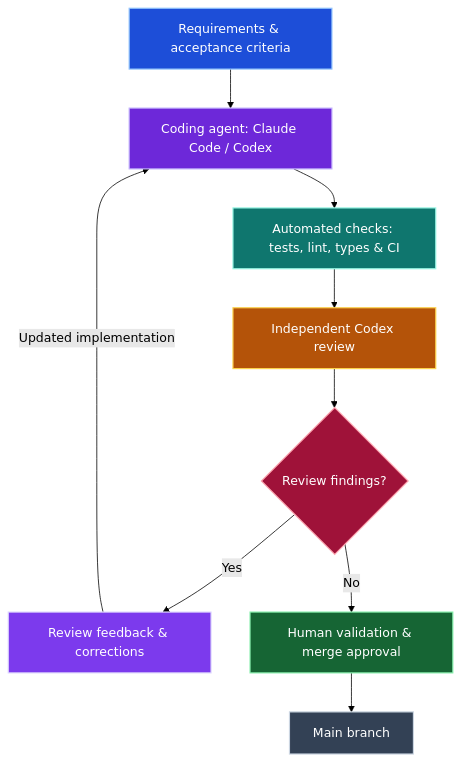
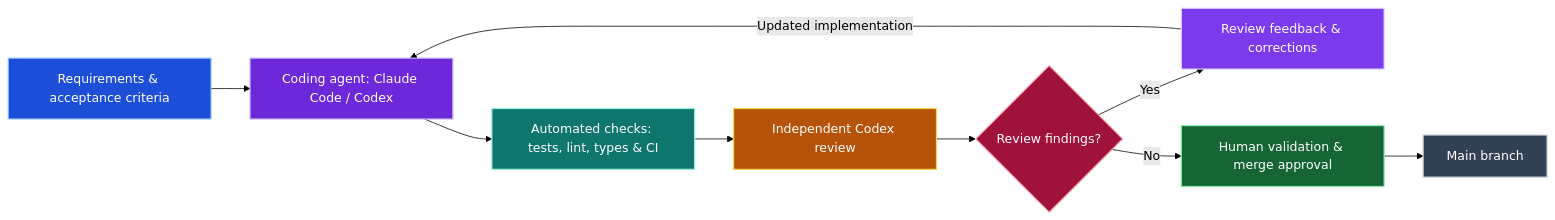
The fourth of 4 diagrams in README.md (RamonRDR/RamonRDR), drawn with Mermaid (forest theme) before and after one commit. The commit also changed other lines of this file, not shown here.

Commit message:
Document BAS three-stage automation and human-time savings; compact AI review diagram

```diff
--- a/README.md
+++ b/README.md
@@ -128,29 +193,29 @@
 ~~~mermaid
-flowchart TD
+flowchart LR
     REQ["Requirements & acceptance criteria"] --> CODE["Coding agent: Claude Code / Codex"]
     CODE --> QA["Automated checks: tests, lint, types & CI"]
     QA --> REVIEW["Independent Codex review"]
     REVIEW --> DECISION{"Review findings?"}
     DECISION -->|"Yes"| FEEDBACK["Review feedback & corrections"]
     FEEDBACK -->|"Updated implementation"| CODE
     DECISION -->|"No"| HUMAN["Human validation & merge approval"]
     HUMAN --> MAIN["Main branch"]
 
     classDef input fill:#1D4ED8,stroke:#93C5FD,color:#FFFFFF,stroke-width:1.5px
     classDef coding fill:#6D28D9,stroke:#C4B5FD,color:#FFFFFF,stroke-width:1.5px
     classDef checks fill:#0F766E,stroke:#99F6E4,color:#FFFFFF,stroke-width:1.5px
     classDef review fill:#B45309,stroke:#FCD34D,color:#FFFFFF,stroke-width:1.5px
     classDef decision fill:#9F1239,stroke:#FDA4AF,color:#FFFFFF,stroke-width:1.5px
     classDef feedback fill:#7C3AED,stroke:#DDD6FE,color:#FFFFFF,stroke-width:1.5px
     classDef human fill:#166534,stroke:#86EFAC,color:#FFFFFF,stroke-width:1.5px
     classDef main fill:#334155,stroke:#CBD5E1,color:#FFFFFF,stroke-width:1.5px
 
     class REQ input
     class CODE coding
     class QA checks
     class REVIEW review
     class DECISION decision
     class FEEDBACK feedback
     class HUMAN human
     class MAIN main
 ~~~
```
